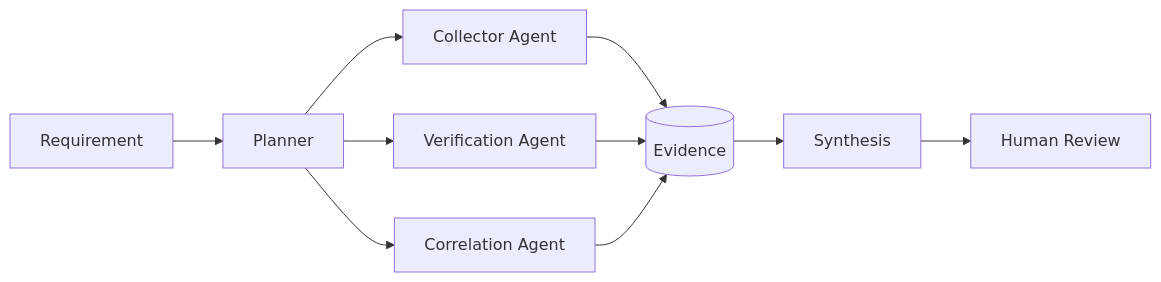
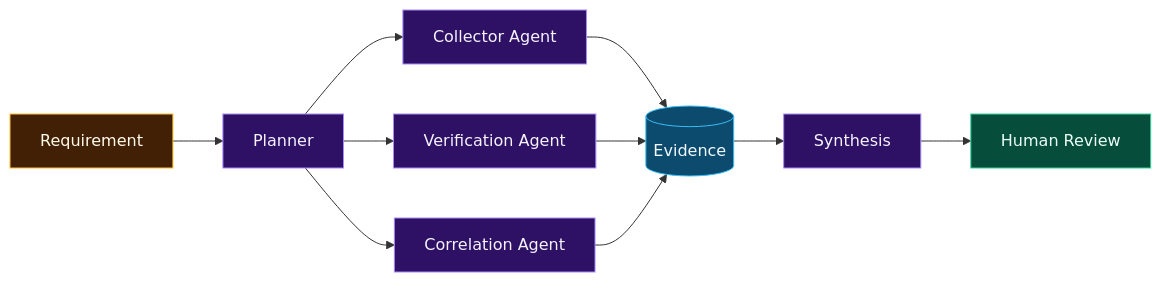
The diagram in docs/paradigms.md (Ridd1kulusC0d3r/OSINTAI), drawn with Mermaid before and after one commit. The commit also changed other lines of this file and 41 other files, not shown here.

````diff
--- a/docs/paradigms.md
+++ b/docs/paradigms.md
@@ -20,12 +26,21 @@
 ```mermaid
 flowchart LR
     R[Requirement] --> P[Planner]
     P --> A1[Collector Agent]
     P --> A2[Verification Agent]
     P --> A3[Correlation Agent]
     A1 --> E[(Evidence)]
     A2 --> E
     A3 --> E
     E --> S[Synthesis]
     S --> H[Human Review]
+    classDef ev fill:#0c4a6e,stroke:#38bdf8,color:#f0f9ff
+    classDef mdl fill:#2e1065,stroke:#a78bfa,color:#f5f3ff
+    classDef gate fill:#064e3b,stroke:#34d399,color:#ecfdf5
+    classDef ctl fill:#422006,stroke:#fbbf24,color:#fffbeb
+    classDef ext fill:#1e293b,stroke:#64748b,color:#f1f5f9
+    class R ctl
+    class P,A1,A2,A3,S mdl
+    class E ev
+    class H gate
 ```
````
